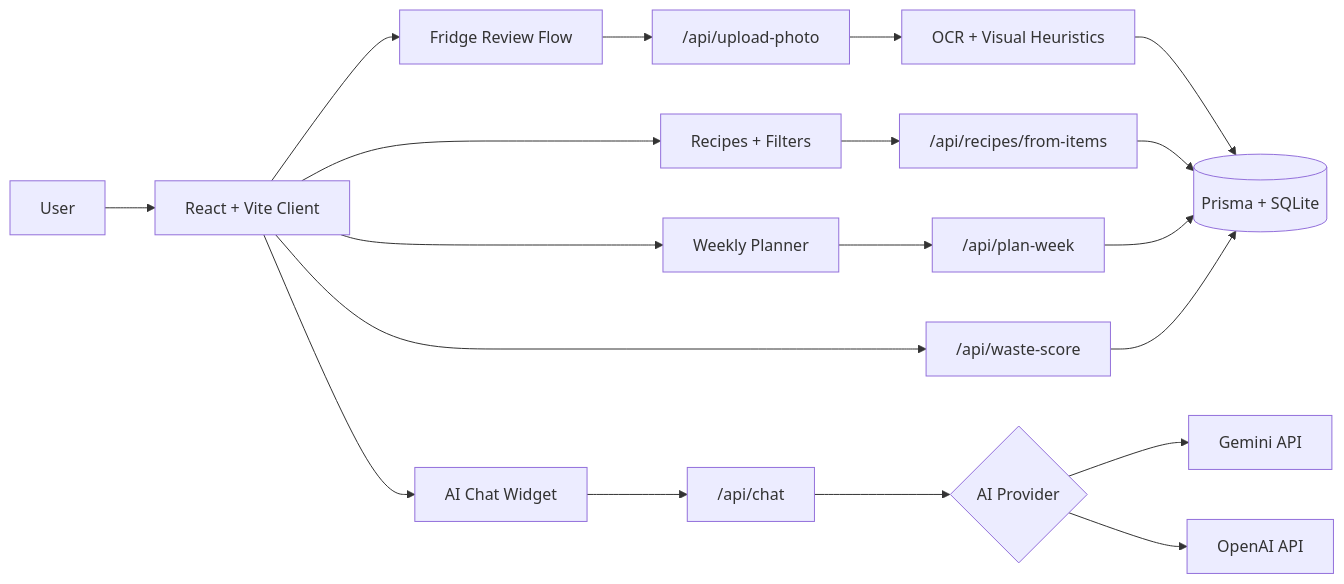
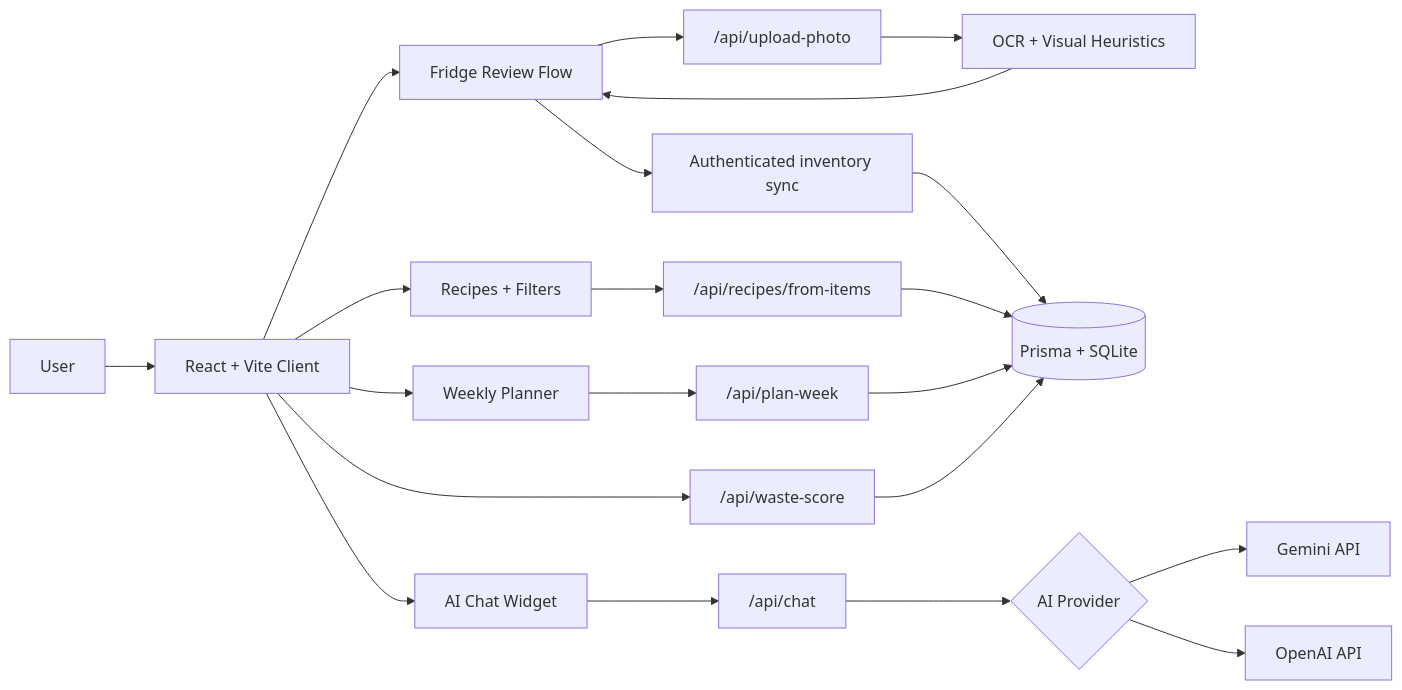
One commit to prashanthreddyloka/WasteNotChef changed the diagram in README.md. Above: the diagram before and after it, drawn with Mermaid. The commit also changed other lines of this file and 26 other files, not shown here.

````diff
--- a/README.md
+++ b/README.md
@@ -64,24 +58,26 @@
 ```mermaid
 flowchart LR
     U["User"] --> C["React + Vite Client"]
     C --> F["Fridge Review Flow"]
     C --> R["Recipes + Filters"]
     C --> P["Weekly Planner"]
     C --> A["AI Chat Widget"]
 
     F --> UP["/api/upload-photo"]
     R --> RR["/api/recipes/from-items"]
     P --> PW["/api/plan-week"]
     C --> WS["/api/waste-score"]
     A --> CH["/api/chat"]
 
     UP --> OCR["OCR + Visual Heuristics"]
-    OCR --> DB[(Prisma + SQLite)]
+    OCR --> F
+    F --> INV["Authenticated inventory sync"]
+    INV --> DB[(Prisma + SQLite)]
     RR --> DB
     PW --> DB
     WS --> DB
 
     CH --> LLM{"AI Provider"}
     LLM --> G["Gemini API"]
     LLM --> O["OpenAI API"]
 ```
````
